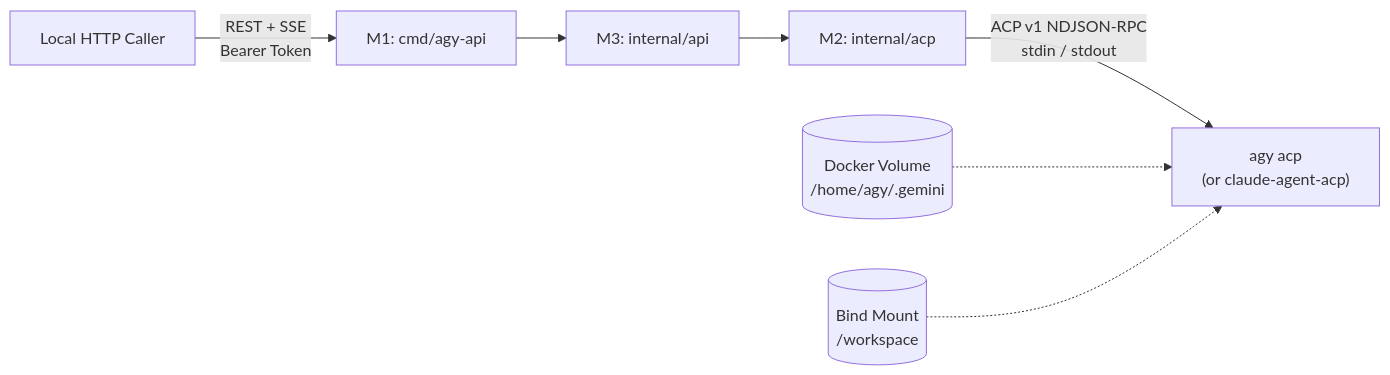
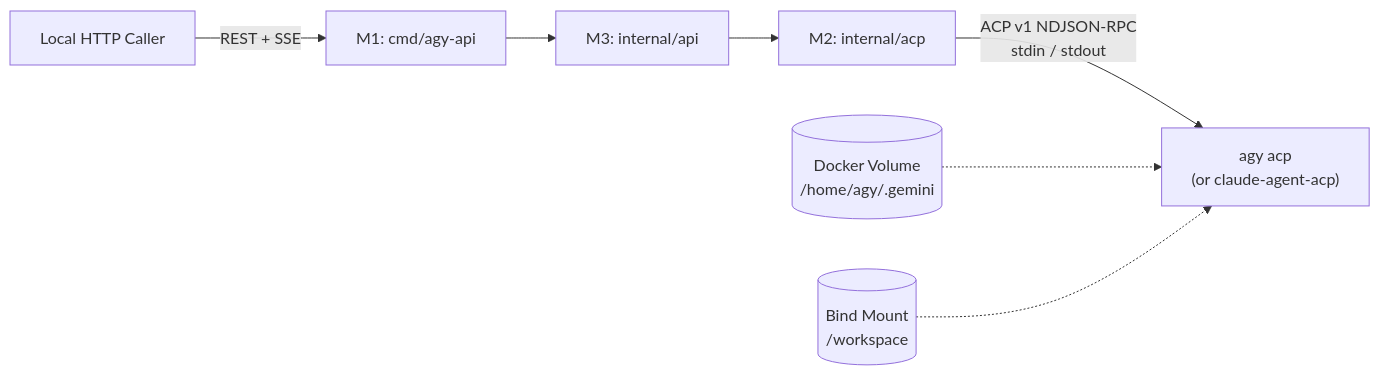
Before and after one commit to kesokaj/agyd: the first of 2 diagrams in SDD.md, drawn with Mermaid. The commit also changed other lines of this file and 9 other files, not shown here.

Commit message:
fix: use CMD in Dockerfile and remove AGY_API_TOKEN check

````diff
--- a/SDD.md
+++ b/SDD.md
@@ -10,9 +10,9 @@
 ```mermaid
 flowchart LR
-  Caller["Local HTTP Caller"] -->|"REST + SSE\nBearer Token"| M1["M1: cmd/agy-api"]
+  Caller["Local HTTP Caller"] -->|"REST + SSE"| M1["M1: cmd/agy-api"]
   M1 --> M3["M3: internal/api"]
   M3 --> M2["M2: internal/acp"]
   M2 -->|"ACP v1 NDJSON-RPC\nstdin / stdout"| Agy["agy acp\n(or claude-agent-acp)"]
   GeminiVol[("Docker Volume\n/home/agy/.gemini")] -.-> Agy
   Workspace[("Bind Mount\n/workspace")] -.-> Agy
 ```
````
